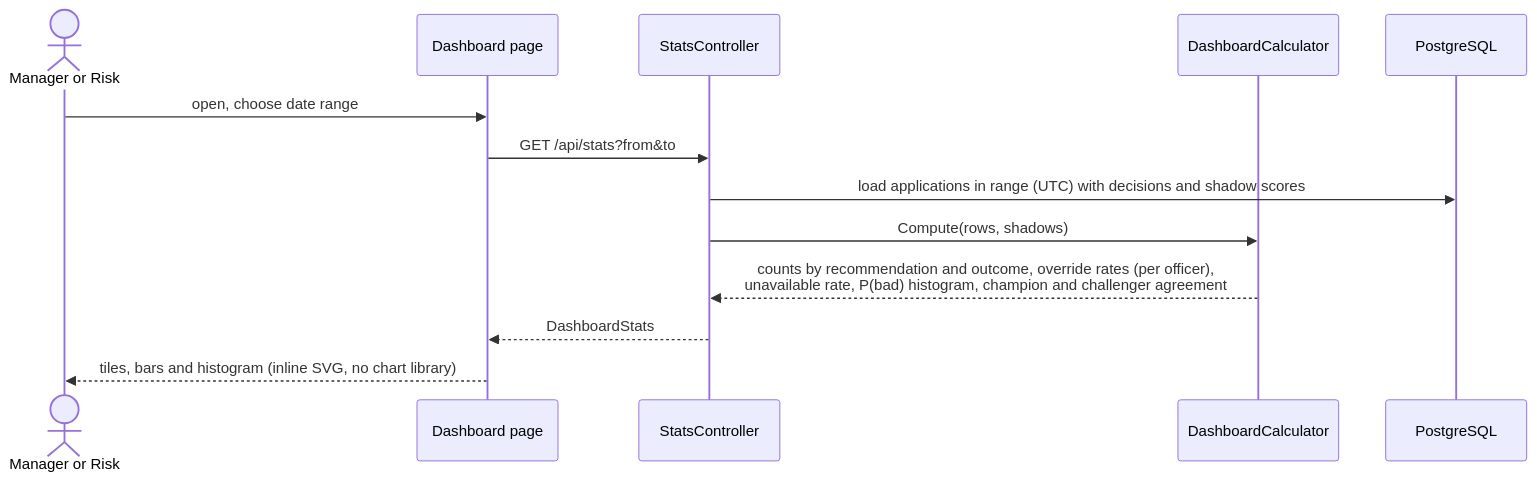
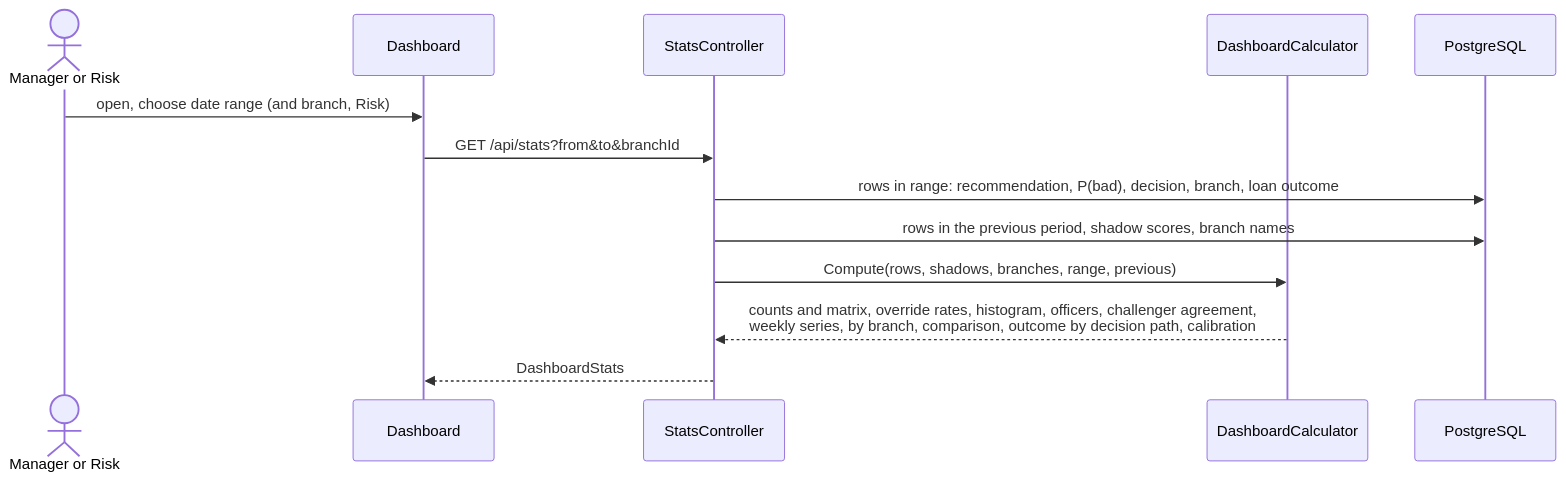
The seventh of 8 diagrams in architecture/07-flows.md (dejan3dejan/credit-scoring-dss), drawn with Mermaid before and after one commit. The commit also changed other lines of this file and 25 other files, not shown here.

Commit message:
Update class, database, flow and access diagrams for roles, branches and the application life cycle

````diff
--- a/architecture/07-flows.md
+++ b/architecture/07-flows.md
@@ -148,15 +202,15 @@
 ```mermaid
 sequenceDiagram
     actor M as Manager or Risk
-    participant D as Dashboard page
+    participant D as Dashboard
     participant ST as StatsController
     participant DC as DashboardCalculator
     participant DB as PostgreSQL
-    M->>D: open, choose date range
-    D->>ST: GET /api/stats?from&to
-    ST->>DB: load applications in range (UTC) with decisions and shadow scores
-    ST->>DC: Compute(rows, shadows)
-    DC-->>ST: counts by recommendation and outcome, override rates (per officer),<br/>unavailable rate, P(bad) histogram, champion and challenger agreement
+    M->>D: open, choose date range (and branch, Risk)
+    D->>ST: GET /api/stats?from&to&branchId
+    ST->>DB: rows in range: recommendation, P(bad), decision, branch, loan outcome
+    ST->>DB: rows in the previous period, shadow scores, branch names
+    ST->>DC: Compute(rows, shadows, branches, range, previous)
+    DC-->>ST: counts and matrix, override rates, histogram, officers, challenger agreement,<br/>weekly series, by branch, comparison, outcome by decision path, calibration
     ST-->>D: DashboardStats
-    D-->>M: tiles, bars and histogram (inline SVG, no chart library)
 ```
````
